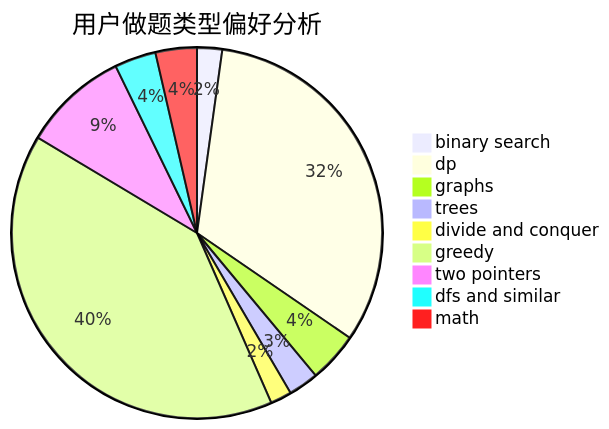
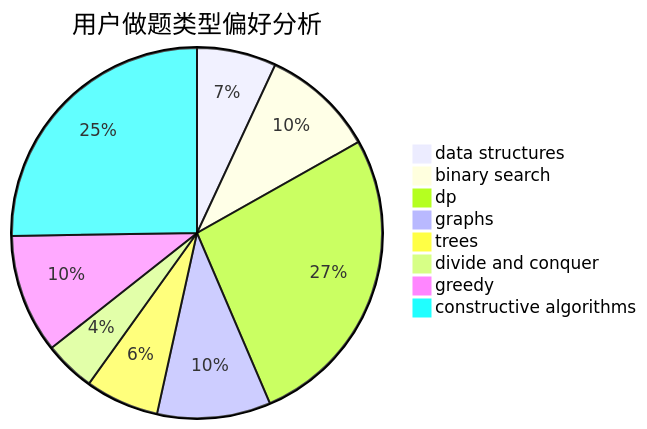
One commit to sherpahu/cfrs.github.io changed the second of 3 diagrams in docs/user/u1131.md. Above: the diagram before and after it, drawn with Mermaid. The commit also changed other lines of this file and 2775 other files, not shown here.

````diff
--- a/docs/user/u1131.md
+++ b/docs/user/u1131.md
@@ -23,12 +23,11 @@
 ```mermaid
 pie title 用户做题类型偏好分析
+    "data structures" :  14
     "binary search" :  20
-    "dp" :  296
-    "graphs" :  40
-    "trees" :  24
-    "divide and conquer" :  17
-    "greedy" :  367
-    "two pointers" :  84
-    "dfs and similar" :  33
-    "math" :  33
+    "dp" :  54
+    "graphs" :  20
+    "trees" :  13
+    "divide and conquer" :  9
+    "greedy" :  21
+    "constructive algorithms" :  51
 ```
````
